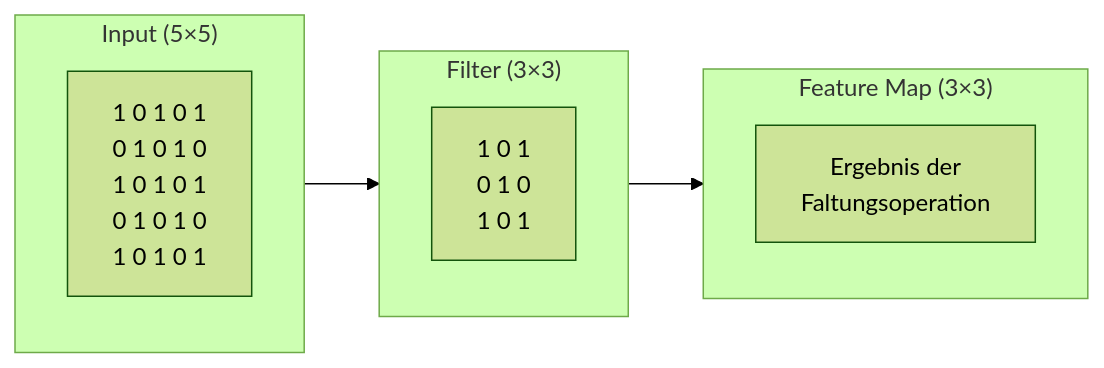
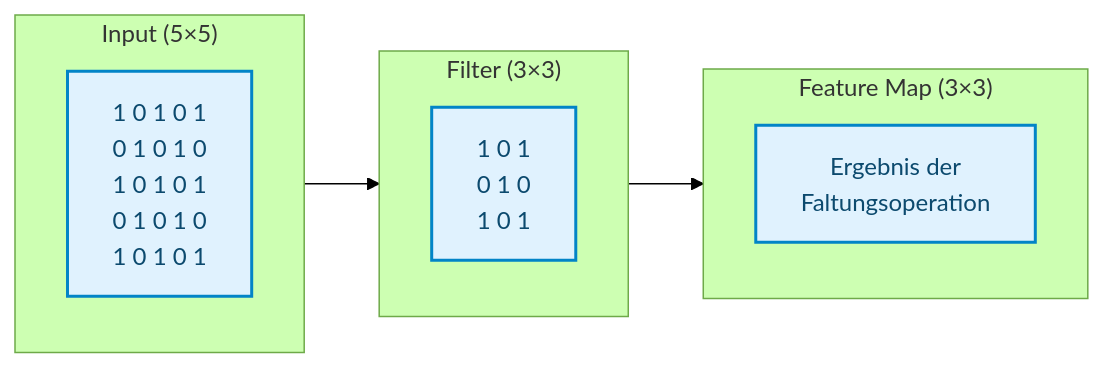
Before and after one commit to ralf-42/ML_Intro: the fourth of 12 diagrams in docs/concepts/modeling/spezielle-neuronale-netze.md, drawn with Mermaid (forest theme). The commit also changed other lines of this file and 49 other files, not shown here.

````diff
--- a/docs/concepts/modeling/spezielle-neuronale-netze.md
+++ b/docs/concepts/modeling/spezielle-neuronale-netze.md
@@ -180,16 +196,18 @@
 ```mermaid
 flowchart LR
     subgraph Input["Input (5×5)"]
         IM["1 0 1 0 1<br/>0 1 0 1 0<br/>1 0 1 0 1<br/>0 1 0 1 0<br/>1 0 1 0 1"]
     end
     
     subgraph Kernel["Filter (3×3)"]
         K["1 0 1<br/>0 1 0<br/>1 0 1"]
     end
     
     subgraph Output["Feature Map (3×3)"]
         O["Ergebnis der<br/>Faltungsoperation"]
     end
     
     Input --> Kernel --> Output
+
+    classDef default fill:#e0f2fe,stroke:#0284c7,stroke-width:2px,color:#0c4a6e;
 ```
````
